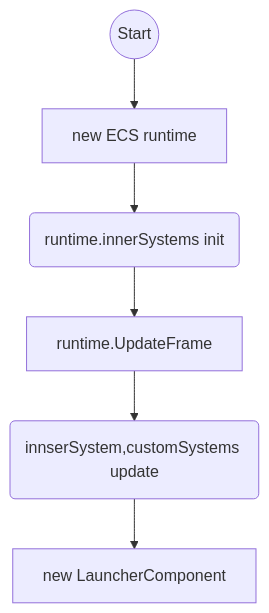
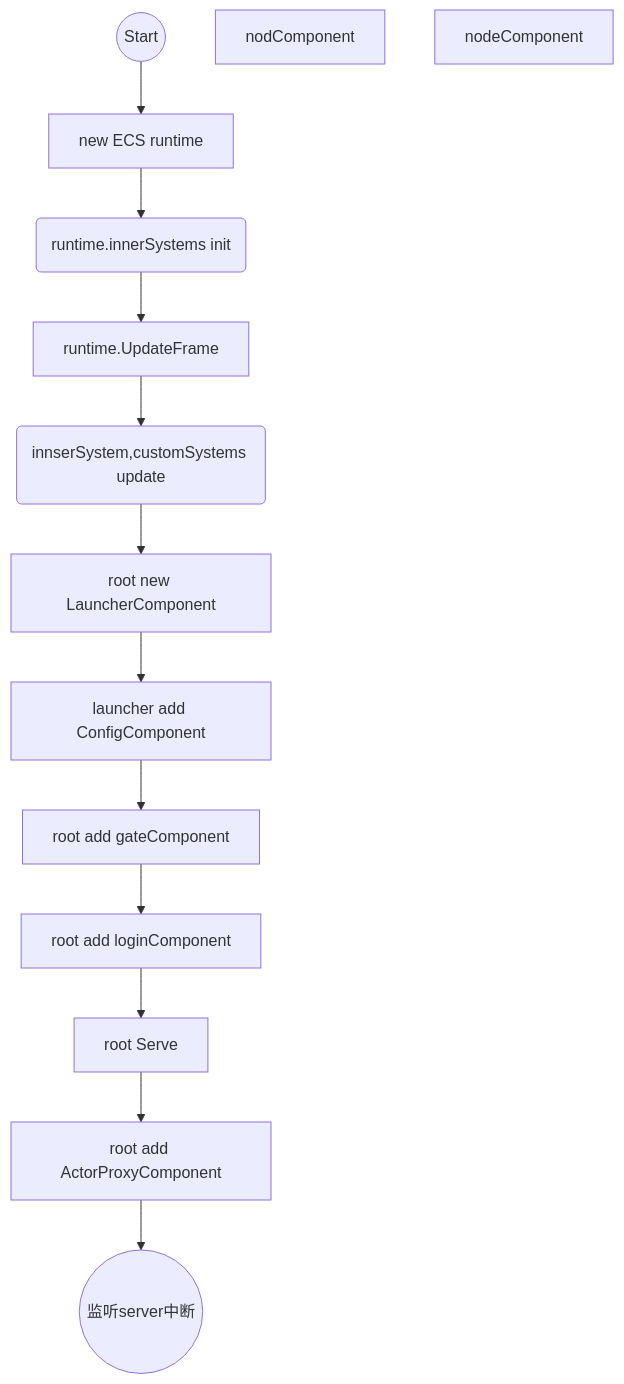
The diagram in 项目阅读笔记/1.rockgo.md (hammercui/book-list), drawn with Mermaid before and after one commit. The commit also changed other lines of this file, not shown here.

Commit message:
update:阅读阅读笔记笔记

````diff
--- a/项目阅读笔记/1.rockgo.md
+++ b/项目阅读笔记/1.rockgo.md
@@ -32,10 +39,18 @@
 ```mermaid
 
 graph TB
     A((Start))-->B[new ECS runtime]
     B-->C(runtime.innerSystems init)
     C-->D[runtime.UpdateFrame]
     D-->E(innserSystem,customSystems update )
-    E-->F[new LauncherComponent]
+    E-->F[root new LauncherComponent]
+    F-->F1[launcher add ConfigComponent]
+    F1-->G[root add gateComponent]
+    G..-g1[nodComponent]
+    G-->H[root add loginComponent]
+    H..-h1[nodeComponent]
+    H-->I[root Serve]
+    I-->J[root add ActorProxyComponent]
+    J-->K((监听server中断))
 
 ```
````
